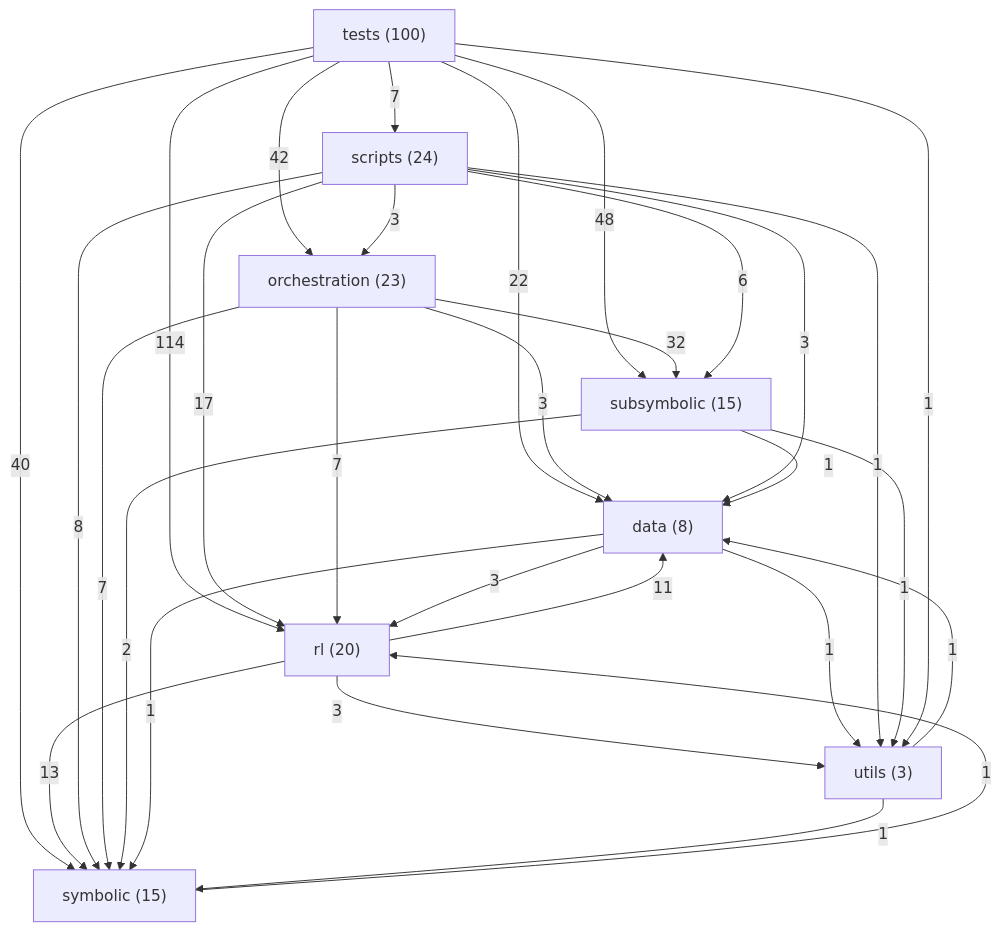
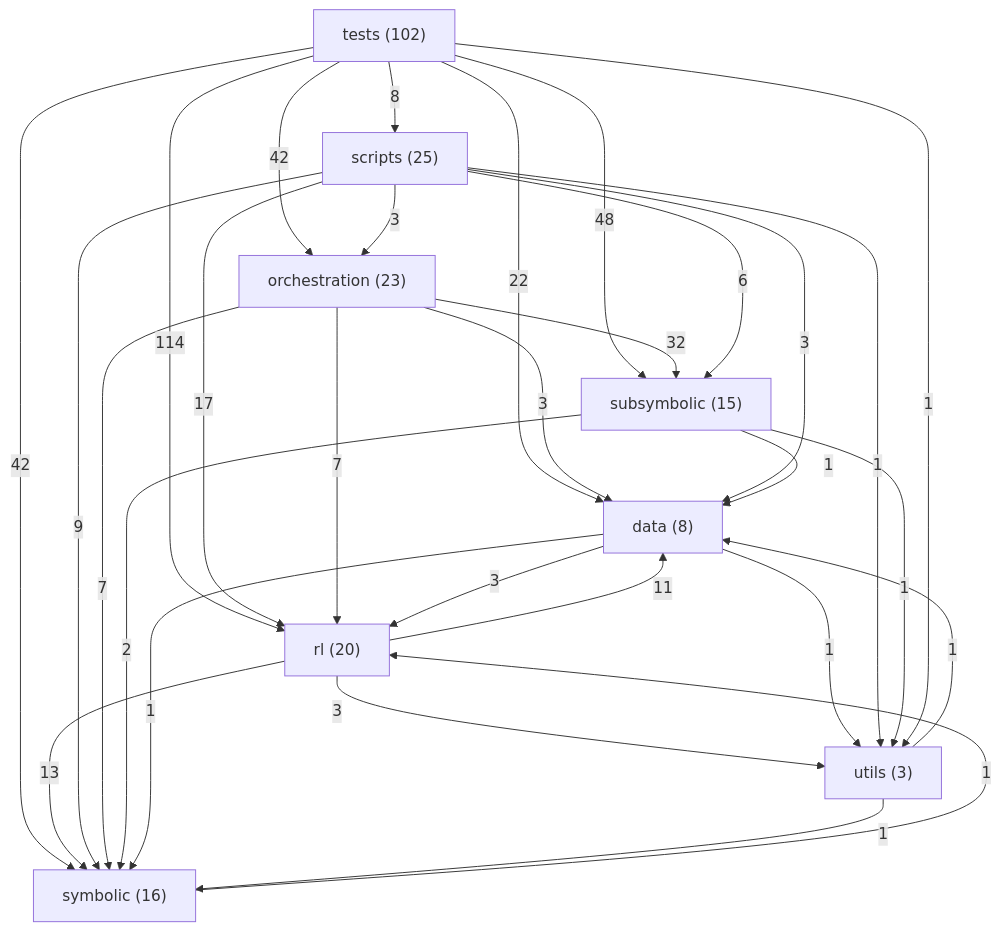
The diagram in ARCHITECTURE.md (danrd/ARC-AGI), drawn with Mermaid before and after one commit. The commit also changed other lines of this file and 9 other files, not shown here.

````diff
--- a/ARCHITECTURE.md
+++ b/ARCHITECTURE.md
@@ -211,40 +211,40 @@
 ```mermaid
 graph TD
   data["data (8)"]
   orchestration["orchestration (23)"]
   rl["rl (20)"]
-  scripts["scripts (24)"]
+  scripts["scripts (25)"]
   subsymbolic["subsymbolic (15)"]
-  symbolic["symbolic (15)"]
-  tests["tests (100)"]
+  symbolic["symbolic (16)"]
+  tests["tests (102)"]
   utils["utils (3)"]
   tests -->|114| rl
   tests -->|48| subsymbolic
   tests -->|42| orchestration
-  tests -->|40| symbolic
+  tests -->|42| symbolic
   orchestration -->|32| subsymbolic
   tests -->|22| data
   scripts -->|17| rl
   rl -->|13| symbolic
   rl -->|11| data
-  scripts -->|8| symbolic
+  scripts -->|9| symbolic
+  tests -->|8| scripts
   orchestration -->|7| rl
   orchestration -->|7| symbolic
-  tests -->|7| scripts
   scripts -->|6| subsymbolic
   data -->|3| rl
   orchestration -->|3| data
   rl -->|3| utils
   scripts -->|3| data
   scripts -->|3| orchestration
   subsymbolic -->|2| symbolic
   data -->|1| symbolic
   data -->|1| utils
   scripts -->|1| utils
   subsymbolic -->|1| data
   subsymbolic -->|1| utils
   symbolic -->|1| rl
   tests -->|1| utils
   utils -->|1| data
   utils -->|1| symbolic
 ```
````
